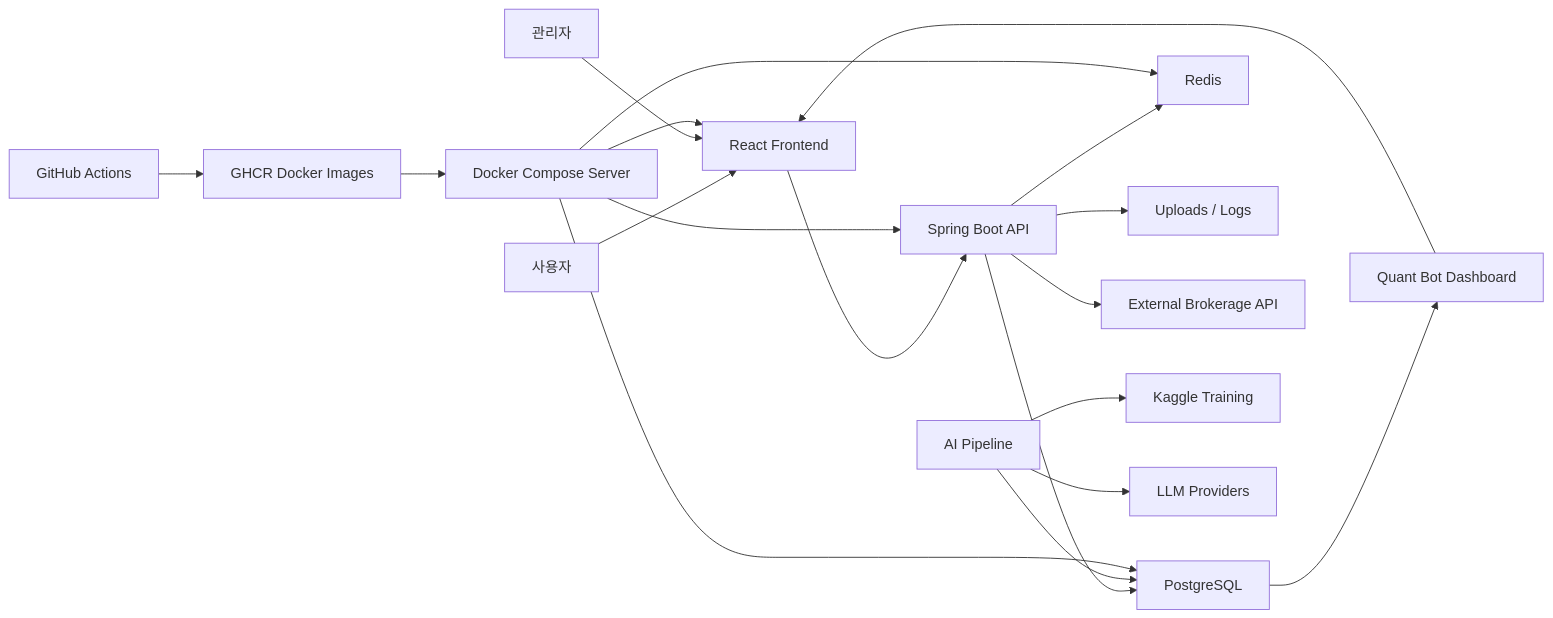
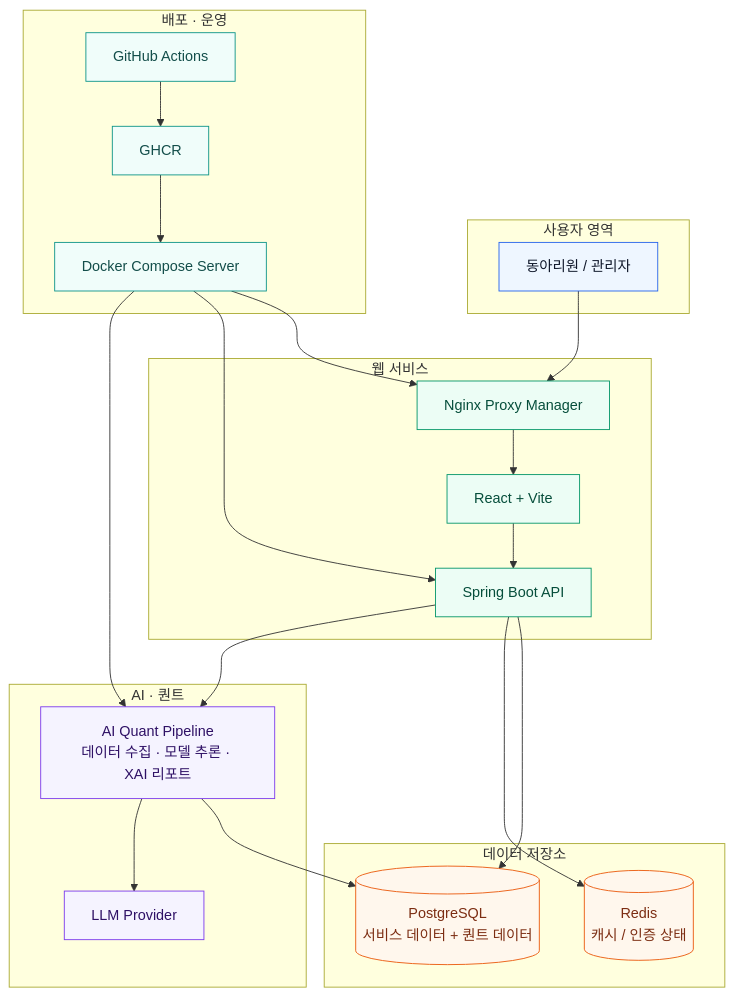
Before and after one commit to SISC-IT/sisc-web: the diagram in README.md, drawn with Mermaid.

Commit message:
Update system architecture diagram in README

````diff
--- a/README.md
+++ b/README.md
@@ -66,29 +66,57 @@
 ```mermaid
-flowchart LR
-    User["사용자"]
-    Admin["관리자"]
+flowchart TB
+    subgraph Users["사용자 영역"]
+        User["동아리원 / 관리자"]
+    end
 
-    User --> Web["React Frontend"]
-    Admin --> Web
+    subgraph Service["웹 서비스"]
+        Proxy["Nginx Proxy Manager"]
+        Frontend["React + Vite"]
+        Backend["Spring Boot API"]
+    end
 
-    Web --> Api["Spring Boot API"]
+    subgraph Data["데이터 저장소"]
+        DB[("PostgreSQL<br/>서비스 데이터 + 퀀트 데이터")]
+        Redis[("Redis<br/>캐시 / 인증 상태")]
+    end
 
-    Api --> Postgres["PostgreSQL"]
-    Api --> Redis["Redis"]
-    Api --> Storage["Uploads / Logs"]
-    Api --> Kiwoom["External Brokerage API"]
+    subgraph Quant["AI · 퀀트"]
+        Pipeline["AI Quant Pipeline<br/>데이터 수집 · 모델 추론 · XAI 리포트"]
+        LLM["LLM Provider"]
+    end
 
-    AI["AI Pipeline"] --> Postgres
-    AI --> Kaggle["Kaggle Training"]
-    AI --> LLM["LLM Providers"]
+    subgraph Ops["배포 · 운영"]
+        Actions["GitHub Actions"]
+        Registry["GHCR"]
+        Server["Docker Compose Server"]
+    end
 
-    Postgres --> Dashboard["Quant Bot Dashboard"]
-    Dashboard --> Web
+    User --> Proxy
+    Proxy --> Frontend
+    Frontend --> Backend
 
-    GHA["GitHub Actions"] --> GHCR["GHCR Docker Images"]
-    GHCR --> Server["Docker Compose Server"]
-    Server --> Web
-    Server --> Api
-    Server --> Postgres
-    Server --> Redis
+    Backend --> DB
+    Backend --> Redis
+    Backend --> Pipeline
+
+    Pipeline --> DB
+    Pipeline --> LLM
+
+    Actions --> Registry
+    Registry --> Server
+    Server --> Proxy
+    Server --> Backend
+    Server --> Pipeline
+
+    classDef users fill:#EEF6FF,stroke:#2563EB,color:#0F172A;
+    classDef service fill:#ECFDF5,stroke:#059669,color:#064E3B;
+    classDef data fill:#FFF7ED,stroke:#EA580C,color:#7C2D12;
+    classDef quant fill:#F5F3FF,stroke:#7C3AED,color:#2E1065;
+    classDef ops fill:#F0FDFA,stroke:#0D9488,color:#134E4A;
+
+    class User users;
+    class Proxy,Frontend,Backend service;
+    class DB,Redis data;
+    class Pipeline,LLM quant;
+    class Actions,Registry,Server ops;
 ```
````
